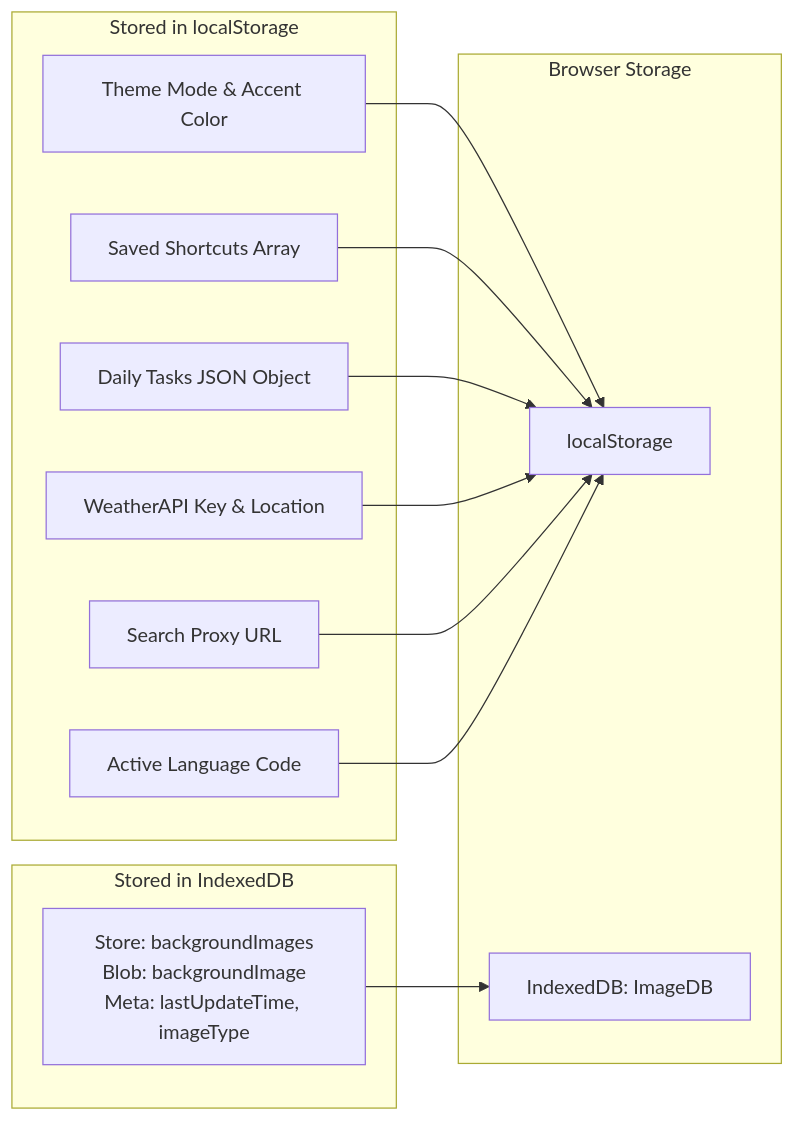
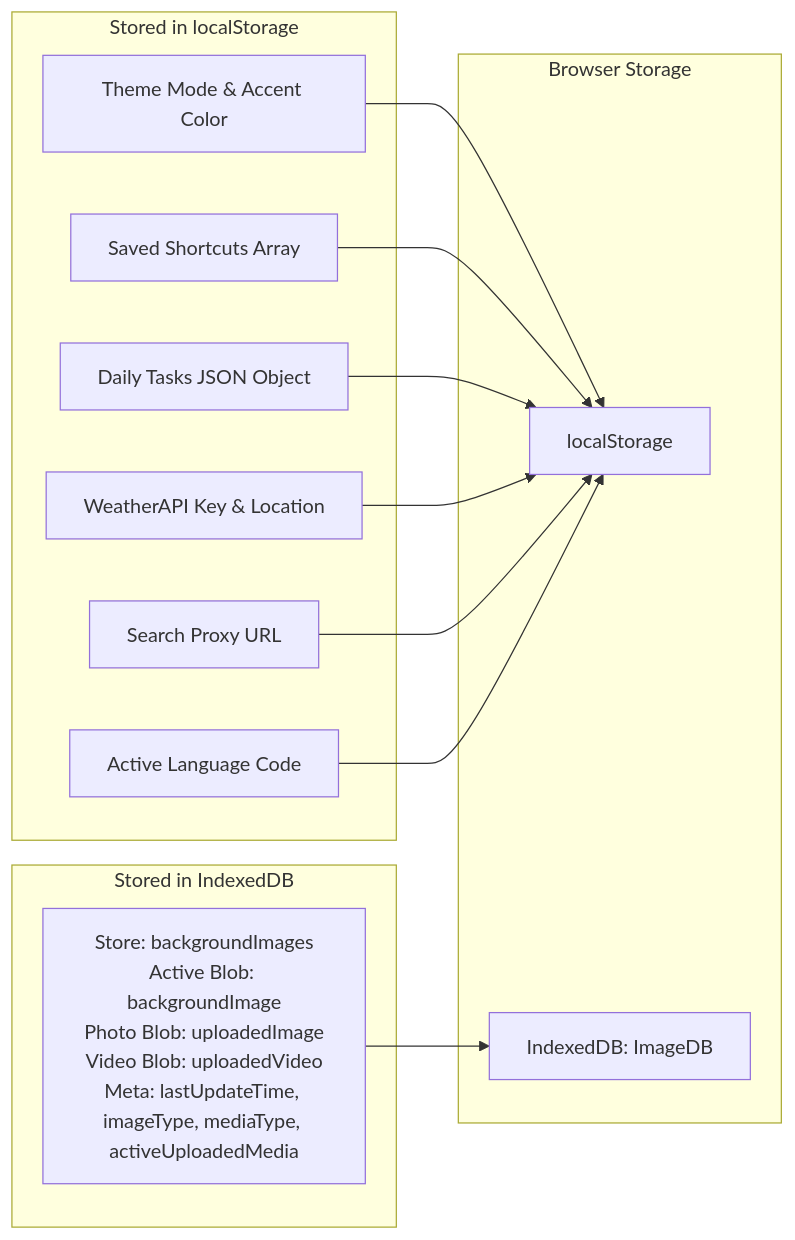
Before and after one commit to ANShKhare-ux/MYNT-2.0: the third of 4 diagrams in docs/architecture.md, drawn with Mermaid. The commit also changed other lines of this file and 5 other files, not shown here.

Commit message:
feat: add video wallpaper support and system architecture specification documentation

````diff
--- a/docs/architecture.md
+++ b/docs/architecture.md
@@ -119,29 +119,29 @@
 ```mermaid
 graph LR
     subgraph Browser Storage
         LS[localStorage]
         IDB[IndexedDB: ImageDB]
     end
 
     subgraph Stored in localStorage
         ThemeSettings[Theme Mode & Accent Color]
         ShortcutsData[Saved Shortcuts Array]
         TodosData[Daily Tasks JSON Object]
         WeatherConfig[WeatherAPI Key & Location]
         ProxyConfig[Search Proxy URL]
         I18nConfig[Active Language Code]
     end
 
     subgraph Stored in IndexedDB
-        Wallpapers[Store: backgroundImages<br/>Blob: backgroundImage<br/>Meta: lastUpdateTime, imageType]
+        Wallpapers[Store: backgroundImages<br/>Active Blob: backgroundImage<br/>Photo Blob: uploadedImage<br/>Video Blob: uploadedVideo<br/>Meta: lastUpdateTime, imageType, mediaType, activeUploadedMedia]
     end
 
     ThemeSettings --> LS
     ShortcutsData --> LS
     TodosData --> LS
     WeatherConfig --> LS
     ProxyConfig --> LS
     I18nConfig --> LS
 
     Wallpapers --> IDB
 ```
````
